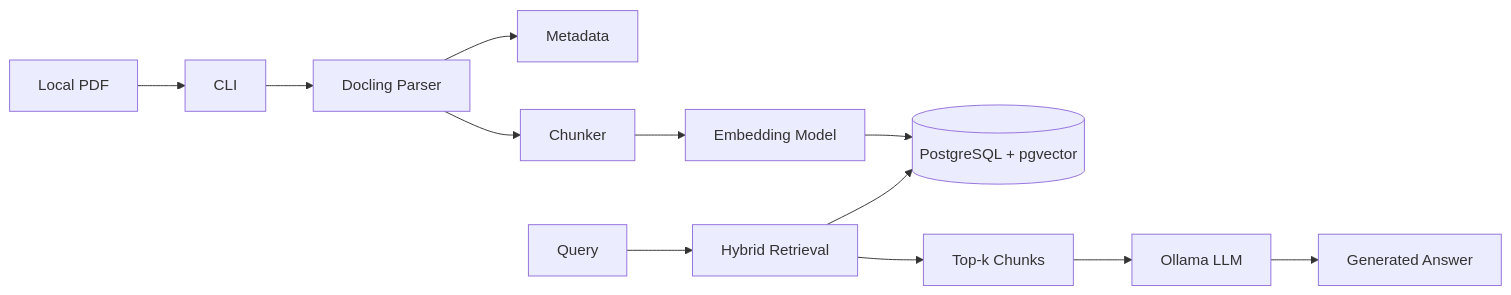
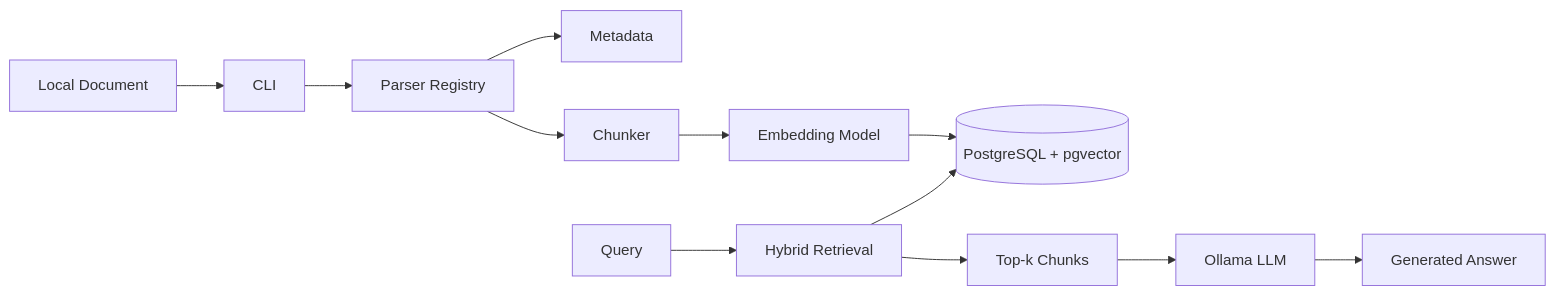
Before and after one commit to hariprasath2906/bring-your-own-rag: the first of 3 diagrams in docs/architecture.md, drawn with Mermaid. The commit also changed other lines of this file and 11 other files, not shown here.

First line of the commit message:
Add multi-format support with parser registry

````diff
--- a/docs/architecture.md
+++ b/docs/architecture.md
@@ -5,14 +5,14 @@
 ```mermaid
 flowchart LR
-    PDF["Local PDF"] --> CLI["CLI"]
-    CLI --> Parser["Docling Parser"]
+    Doc["Local Document"] --> CLI["CLI"]
+    CLI --> Parser["Parser Registry"]
     Parser --> Metadata["Metadata"]
     Parser --> Chunker["Chunker"]
     Chunker --> Embedder["Embedding Model"]
     Embedder --> DB[("PostgreSQL + pgvector")]
     Query["Query"] --> Retrieval["Hybrid Retrieval"]
     Retrieval --> DB
     Retrieval --> Results["Top-k Chunks"]
     Results --> LLM["Ollama LLM"]
     LLM --> Answer["Generated Answer"]
 ```
````
